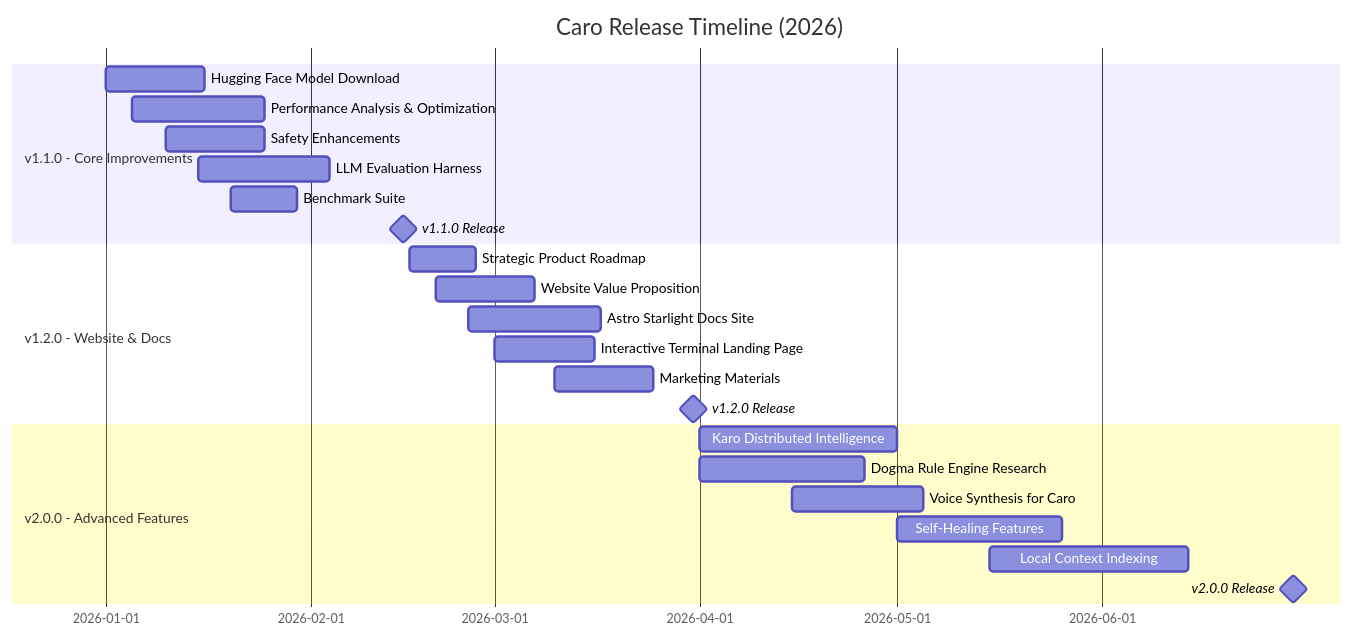
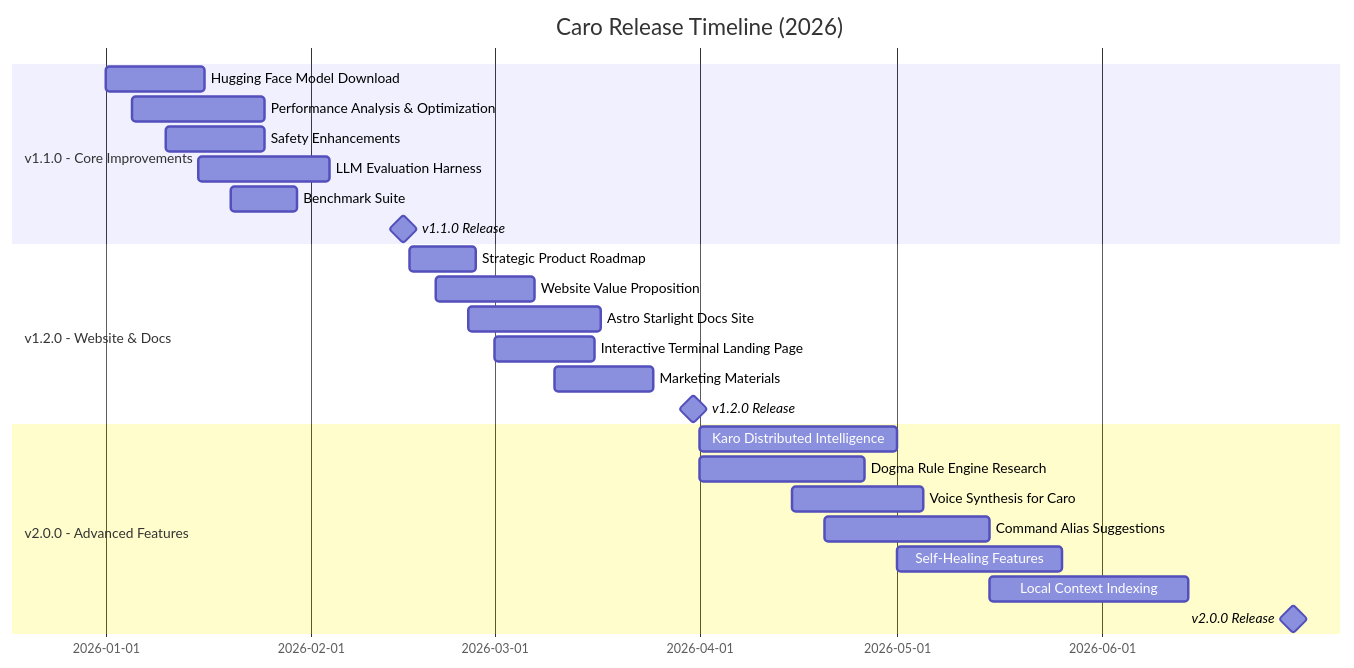
Before and after one commit to wildcard/caro: the diagram in ROADMAP.md, drawn with Mermaid. The commit also changed other lines of this file and 8 other files, not shown here.

First line of the commit message:
feat: Add Intelligent Command Alias Suggestions feature spec

````diff
--- a/ROADMAP.md
+++ b/ROADMAP.md
@@ -7,28 +7,29 @@
 ```mermaid
 gantt
     title Caro Release Timeline (2026)
     dateFormat YYYY-MM-DD
     section v1.1.0 - Core Improvements
     Hugging Face Model Download           :2026-01-01, 15d
     Performance Analysis & Optimization   :2026-01-05, 20d
     Safety Enhancements                   :2026-01-10, 15d
     LLM Evaluation Harness               :2026-01-15, 20d
     Benchmark Suite                       :2026-01-20, 10d
     v1.1.0 Release                       :milestone, 2026-02-15, 0d
 
     section v1.2.0 - Website & Docs
     Strategic Product Roadmap             :2026-02-16, 10d
     Website Value Proposition             :2026-02-20, 15d
     Astro Starlight Docs Site            :2026-02-25, 20d
     Interactive Terminal Landing Page     :2026-03-01, 15d
     Marketing Materials                   :2026-03-10, 15d
     v1.2.0 Release                       :milestone, 2026-03-31, 0d
 
     section v2.0.0 - Advanced Features
     Karo Distributed Intelligence        :2026-04-01, 30d
     Dogma Rule Engine Research           :2026-04-01, 25d
     Voice Synthesis for Caro             :2026-04-15, 20d
+    Command Alias Suggestions            :2026-04-20, 25d
     Self-Healing Features                :2026-05-01, 25d
     Local Context Indexing               :2026-05-15, 30d
     v2.0.0 Release                       :milestone, 2026-06-30, 0d
 ```
````
